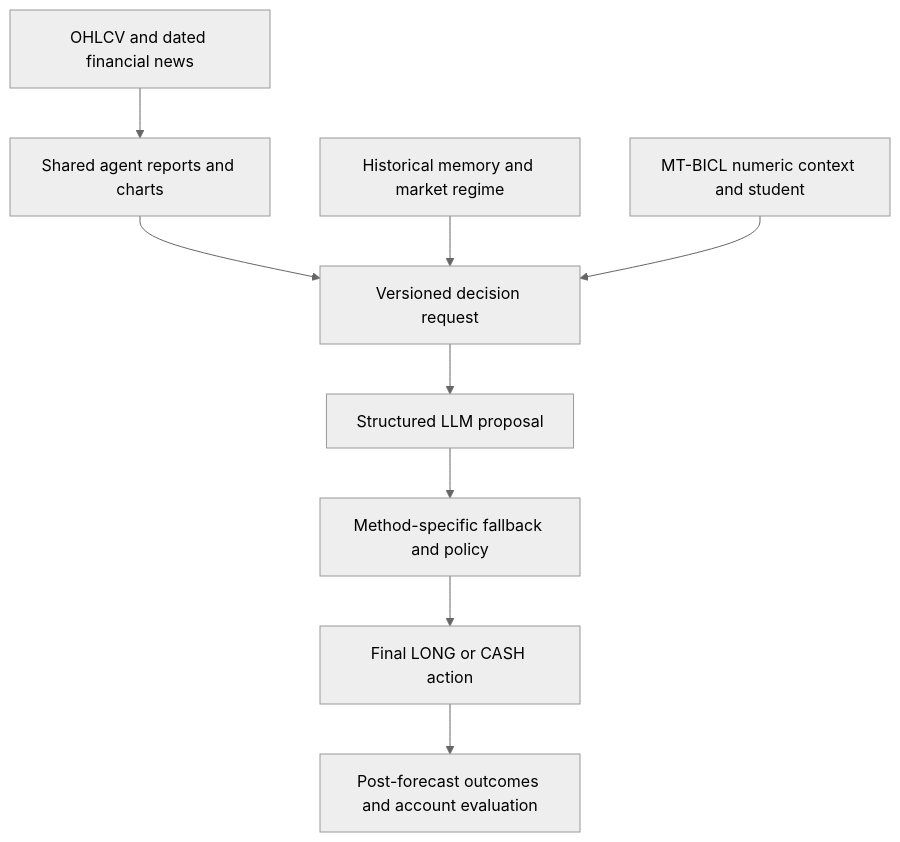
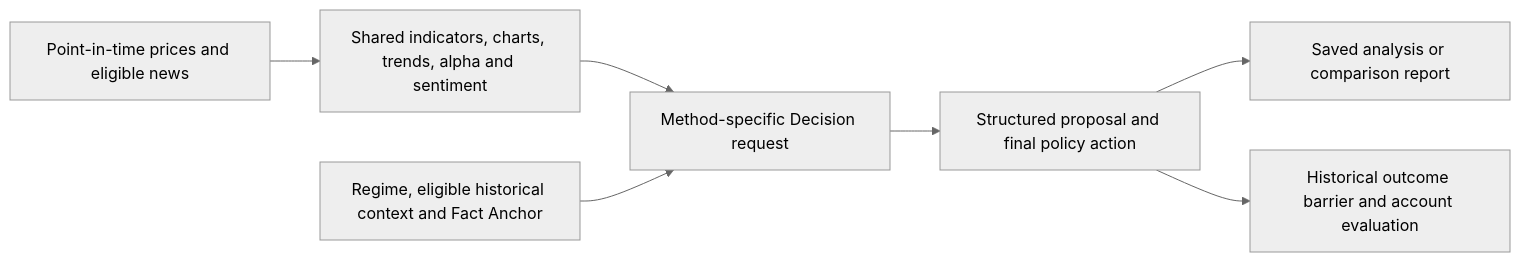
One commit to DungPhanHoangg05/A-Multi-Agent-Large-Language-Model-Approach-to-Price-Driven-Stock-Trading changed the diagram in README.md. Above: the diagram before and after it, drawn with Mermaid (neutral theme). The commit also changed other lines of this file and 7 other files, not shown here.

````diff
--- a/README.md
+++ b/README.md
@@ -28,11 +136,9 @@
 ```mermaid
-flowchart TD
-    A[OHLCV and dated financial news] --> B[Shared agent reports and charts]
-    B --> C[Versioned decision request]
-    D[Historical memory and market regime] --> C
-    E[MT-BICL numeric context and student] --> C
-    C --> F[Structured LLM proposal]
-    F --> G[Method-specific fallback and policy]
-    G --> H[Final LONG or CASH action]
-    H --> I[Post-forecast outcomes and account evaluation]
+flowchart LR
+    A[Point-in-time prices and eligible news] --> B[Shared indicators, charts, trends, alpha and sentiment]
+    B --> C[Method-specific Decision request]
+    D[Regime, eligible historical context and Fact Anchor] --> C
+    C --> E[Structured proposal and final policy action]
+    E --> F[Saved analysis or comparison report]
+    E --> G[Historical outcome barrier and account evaluation]
 ```
````
